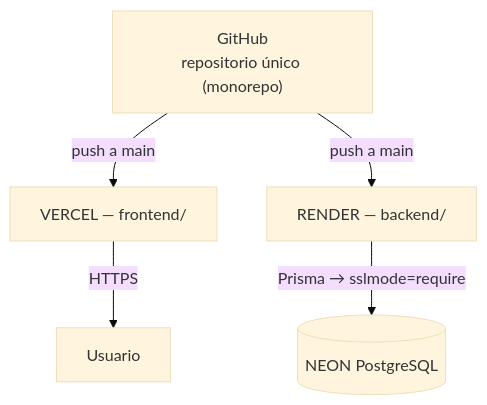
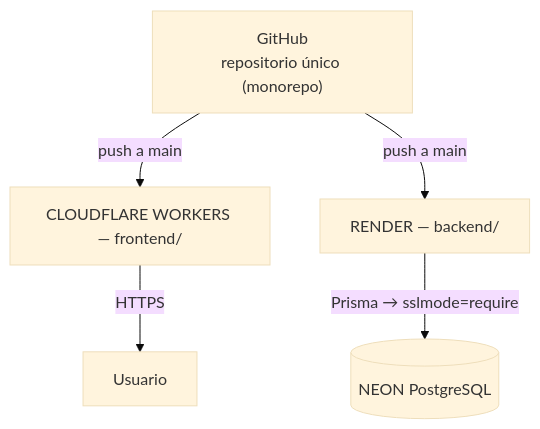
The diagram in docs/10-despliegue.md (Juanchodavid2002/KashiraFinance), drawn with Mermaid (base theme) before and after one commit. The commit also changed other lines of this file and 7 other files, not shown here.

````diff
--- a/docs/10-despliegue.md
+++ b/docs/10-despliegue.md
@@ -9,7 +9,7 @@
 ```mermaid
 flowchart TD
-    G["GitHub<br/>repositorio único (monorepo)"] -->|push a main| V["VERCEL — frontend/"]
+    G["GitHub<br/>repositorio único (monorepo)"] -->|push a main| C["CLOUDFLARE WORKERS — frontend/"]
     G -->|push a main| R["RENDER — backend/"]
-    V -->|HTTPS| U[Usuario]
+    C -->|HTTPS| U[Usuario]
     R -->|"Prisma → sslmode=require"| N[("NEON PostgreSQL")]
 ```
````
